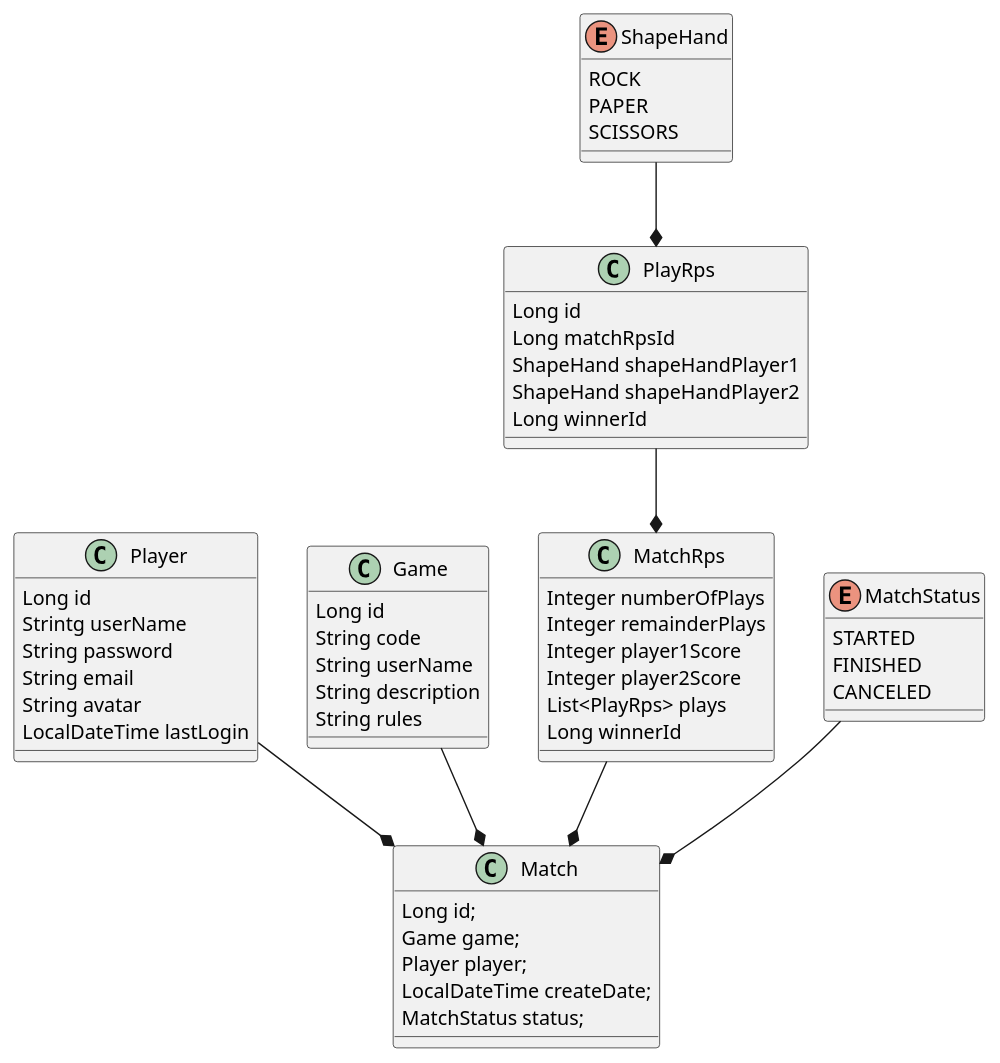
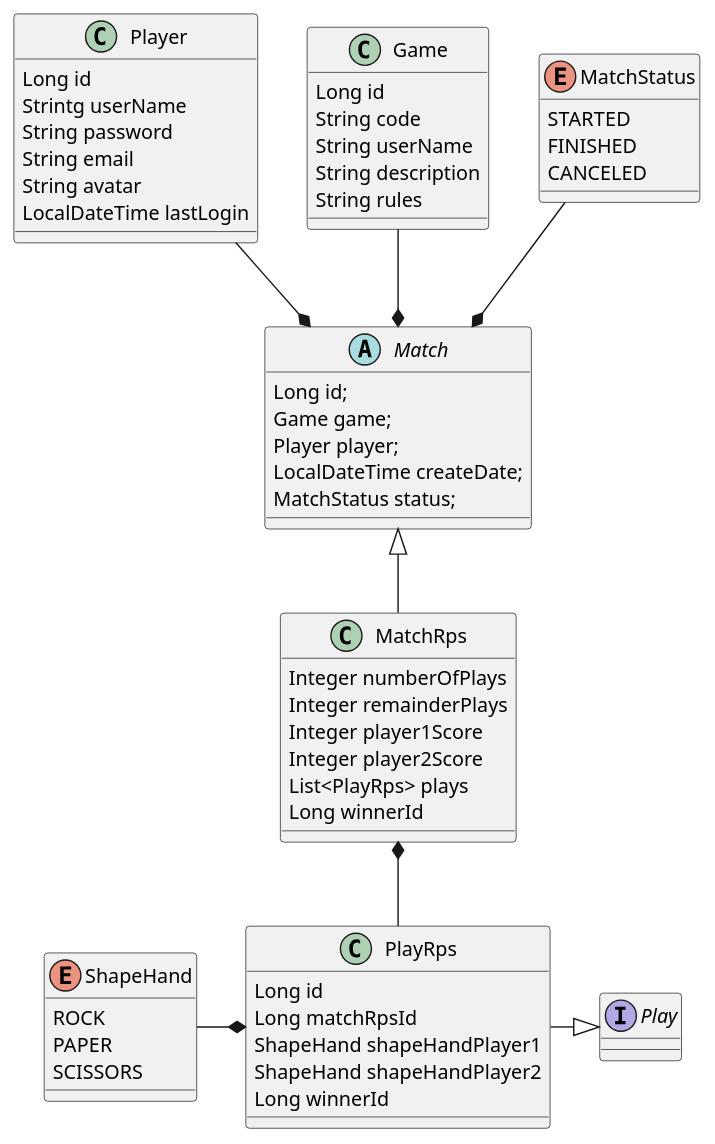
One commit to 113493-Grecco-Daniel/login_Videos_Clase changed the diagram in login/docs/diagrams/model/model.puml. Above: the diagram before and after it, drawn with PlantUML. The commit also changed 18 other files, not shown here.

```diff
--- a/login/docs/diagrams/model/model.puml
+++ b/login/docs/diagrams/model/model.puml
@@ -1,69 +1,73 @@
 @startuml
 class Player{
     Long id
     Strintg userName
     String password
     String email
     String avatar
     LocalDateTime lastLogin
 }
 
 class Game{
     Long id
     String code
     String userName
     String description
     String rules
 }
 'tengo que declararla abstracta a match
-class  Match{
+abstract class  Match{
 Long id;
 Game game;
 Player player;
 LocalDateTime createDate;
 MatchStatus status;
 }
 
 class MatchRps{
 Integer numberOfPlays
 Integer remainderPlays
 Integer player1Score
 Integer player2Score
 List<PlayRps> plays
  Long winnerId
+}
+
+interface Play{
+
 }
 
 class PlayRps{
  Long id
  Long matchRpsId
  ShapeHand shapeHandPlayer1
  ShapeHand shapeHandPlayer2
  Long winnerId
 }
 
 enum ShapeHand{
  ROCK
  PAPER
  SCISSORS
 }
 
 enum MatchStatus{
     STARTED
     FINISHED
     CANCELED
 }
 
+'no me muestra que lleva la clase play
 
 
-'no me muestra como hacer las relaciones en el grafico
-
-ShapeHand --* PlayRps
-PlayRps --* MatchRps
-MatchRps --* Match
-MatchStatus  --* Match
+MatchStatus --*Match
 Game --*Match
 Player--* Match
+Match <|--MatchRps
+MatchRps*--PlayRps
+PlayRps *-l-ShapeHand
+PlayRps -r-|> Play
 
-'la de matchRps a Match es la --* pero sin relleno la punta
+
 
 @enduml
```
